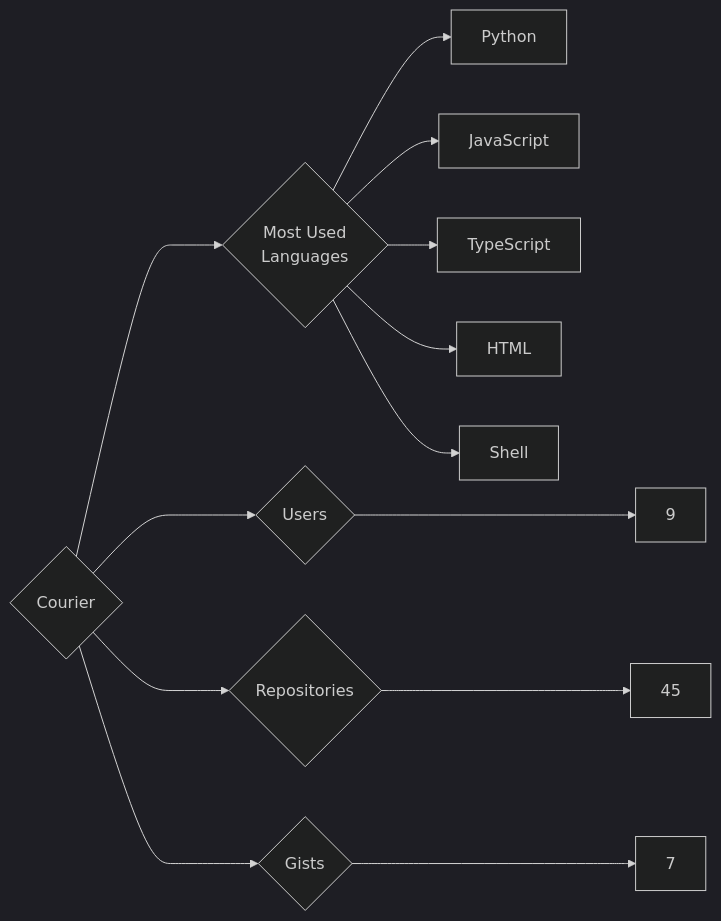
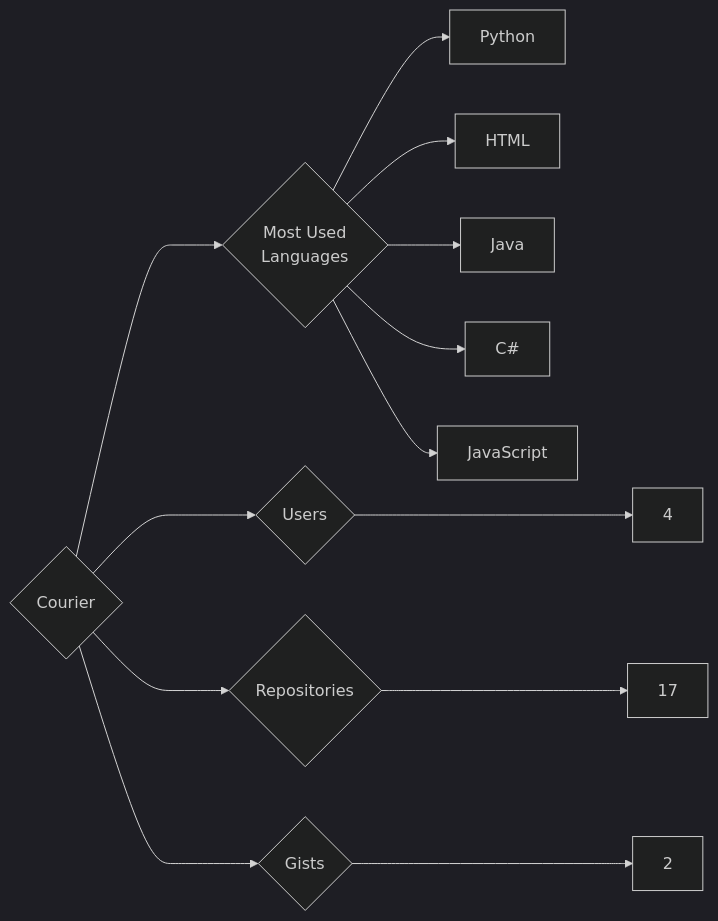
One commit to trickest/insiders changed the diagram in targets/Courier/README.md. Above: the diagram before and after it, drawn with Mermaid (dark theme). The commit also changed 714 other files, not shown here.

````diff
--- a/targets/Courier/README.md
+++ b/targets/Courier/README.md
@@ -3,13 +3,13 @@
 ```mermaid
 graph LR
 COMPANY_NAME{Courier}
-COMPANY_NAME ---> U{Users} ---> UN[9]
-COMPANY_NAME ---> R{Repositories} ---> RN[45]
-COMPANY_NAME ---> G{Gists} ---> GN[7]
+COMPANY_NAME ---> U{Users} ---> UN[4]
+COMPANY_NAME ---> R{Repositories} ---> RN[17]
+COMPANY_NAME ---> G{Gists} ---> GN[2]
 COMPANY_NAME ---> ML{Most Used<br>Languages}
 ML --> Python[Python]
+ML --> HTML[HTML]
+ML --> Java[Java]
+ML --> C#[C#]
 ML --> JavaScript[JavaScript]
-ML --> TypeScript[TypeScript]
-ML --> HTML[HTML]
-ML --> Shell[Shell]
 ```
````
